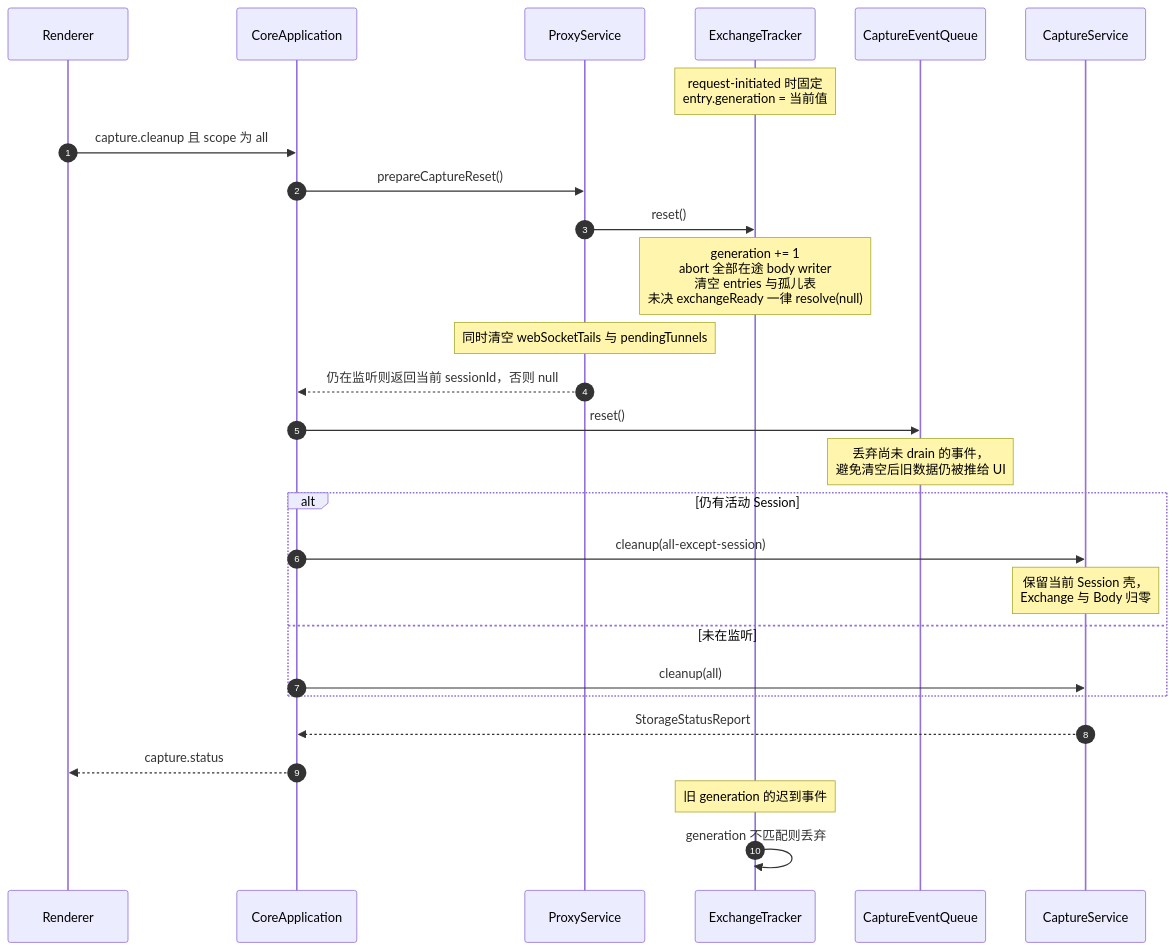
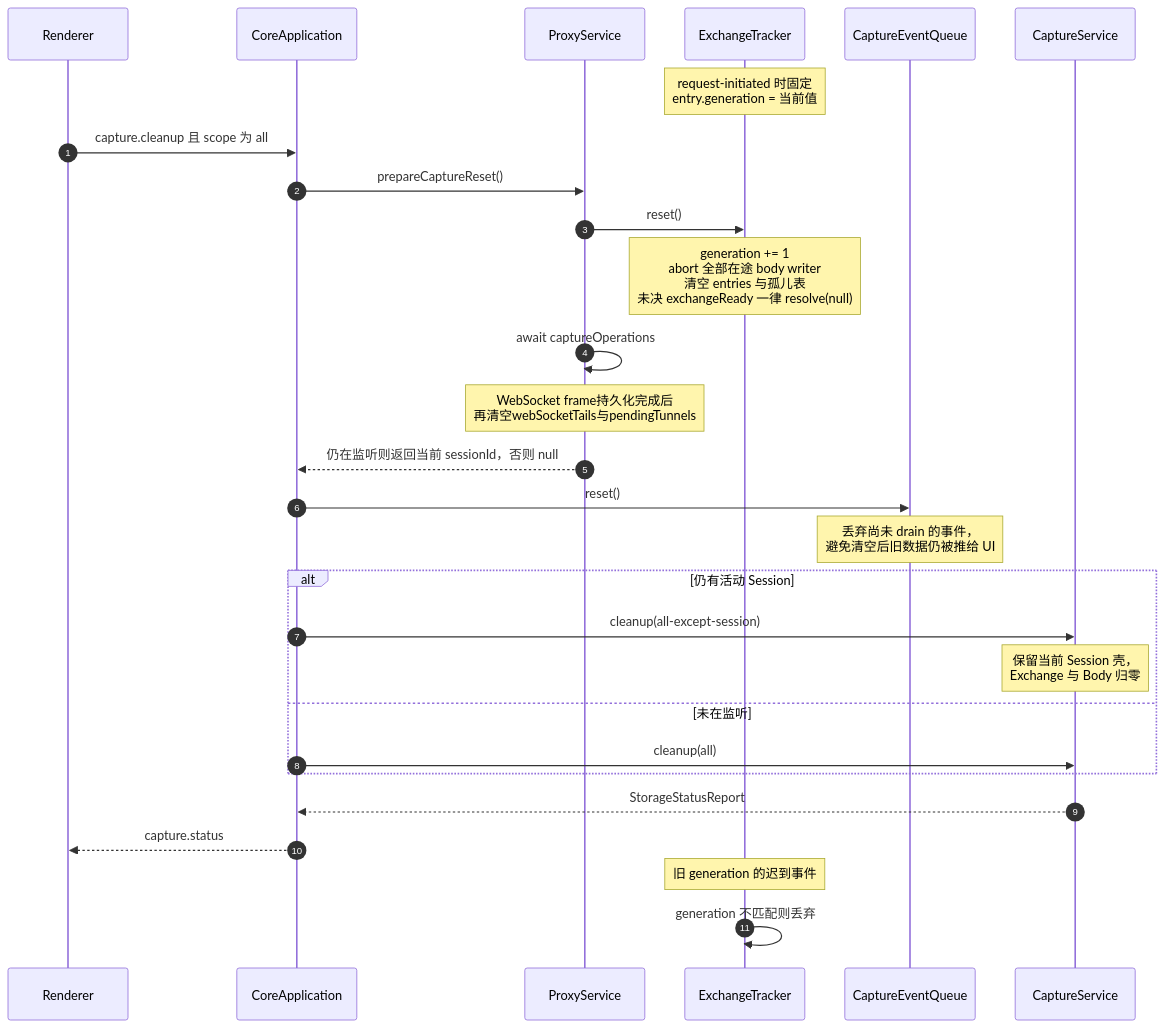
Before and after one commit to zhxmt-xm/Interceptor: diagram 12 of 14 in architecture/features/capture.md, drawn with Mermaid. The commit also changed other lines of this file and 39 other files, not shown here.

````diff
--- a/architecture/features/capture.md
+++ b/architecture/features/capture.md
@@ -1066,34 +1066,35 @@
 ```mermaid
 sequenceDiagram
     autonumber
     participant UI as Renderer
     participant App as CoreApplication
     participant Proxy as ProxyService
     participant Tracker as ExchangeTracker
     participant Queue as CaptureEventQueue
     participant Storage as CaptureService
 
     Note over Tracker: request-initiated 时固定<br/>entry.generation = 当前值
 
     UI->>App: capture.cleanup 且 scope 为 all
     App->>Proxy: prepareCaptureReset()
     Proxy->>Tracker: reset()
     Note over Tracker: generation += 1<br/>abort 全部在途 body writer<br/>清空 entries 与孤儿表<br/>未决 exchangeReady 一律 resolve(null)
-    Note over Proxy: 同时清空 webSocketTails 与 pendingTunnels
+    Proxy->>Proxy: await captureOperations
+    Note over Proxy: WebSocket frame持久化完成后<br/>再清空webSocketTails与pendingTunnels
     Proxy-->>App: 仍在监听则返回当前 sessionId，否则 null
 
     App->>Queue: reset()
     Note over Queue: 丢弃尚未 drain 的事件，<br/>避免清空后旧数据仍被推给 UI
 
     alt 仍有活动 Session
         App->>Storage: cleanup(all-except-session)
         Note over Storage: 保留当前 Session 壳，<br/>Exchange 与 Body 归零
     else 未在监听
         App->>Storage: cleanup(all)
     end
     Storage-->>App: StorageStatusReport
     App-->>UI: capture.status
 
     Note over Tracker: 旧 generation 的迟到事件
     Tracker->>Tracker: generation 不匹配则丢弃
 ```
````
